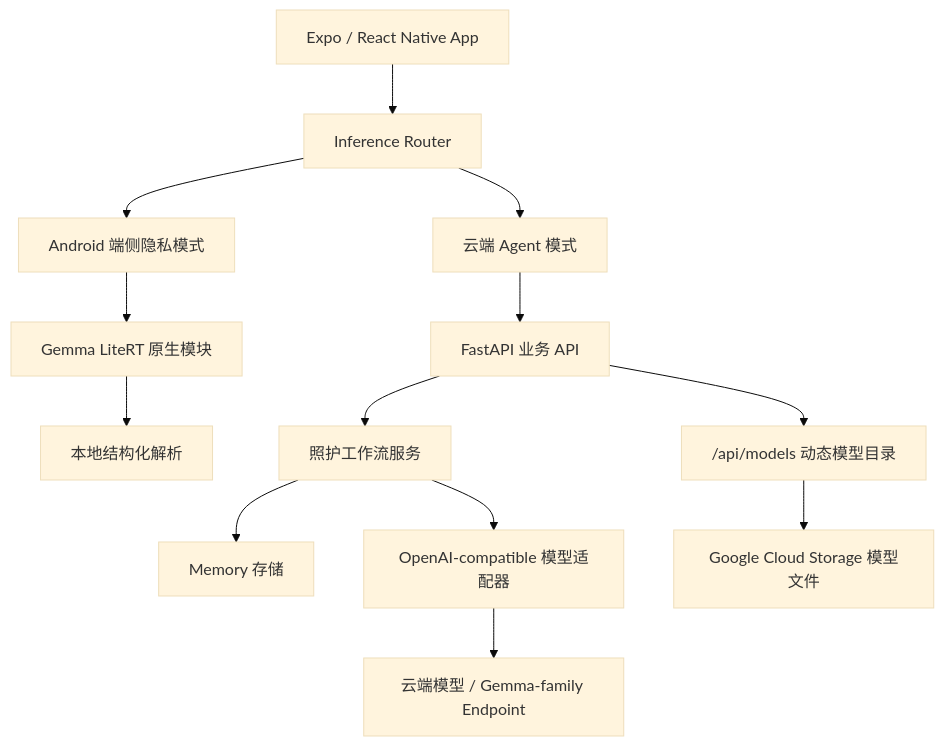
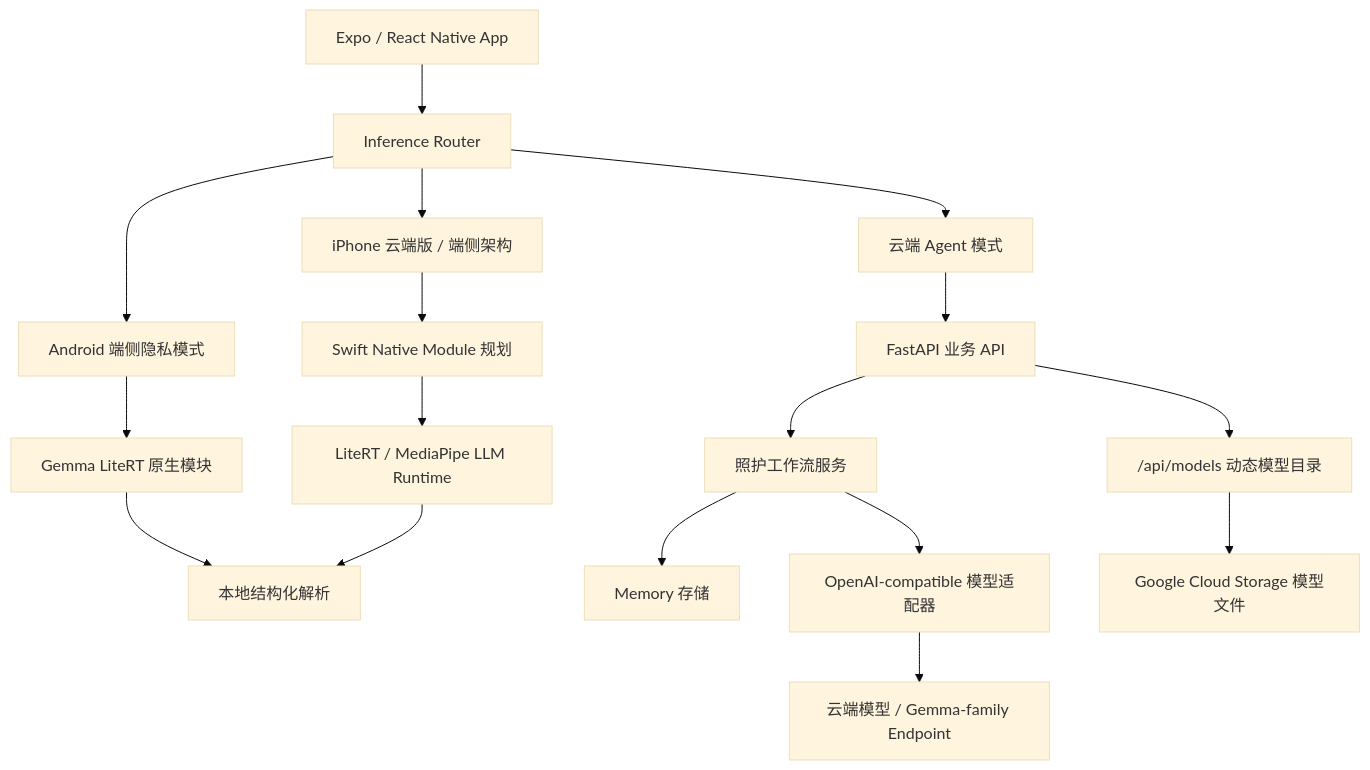
The diagram in submissions/2026/track_C/CareMind/README.md (whitesungun876/Gemma4-Hackathon-ShangHai), drawn with Mermaid (base theme) before and after one commit. The commit also changed other lines of this file and 1 other file, not shown here.

Commit message:
Document CareMind iPhone edge architecture

````diff
--- a/submissions/2026/track_C/CareMind/README.md
+++ b/submissions/2026/track_C/CareMind/README.md
@@ -125,15 +133,19 @@
 ```mermaid
 flowchart TD
     A["Expo / React Native App"] --> B["Inference Router"]
     B --> C["Android 端侧隐私模式"]
     C --> D["Gemma LiteRT 原生模块"]
     D --> E["本地结构化解析"]
+    B --> N["iPhone 云端版 / 端侧架构"]
+    N --> O["Swift Native Module 规划"]
+    O --> P["LiteRT / MediaPipe LLM Runtime"]
+    P --> E
     B --> F["云端 Agent 模式"]
     F --> G["FastAPI 业务 API"]
     G --> H["照护工作流服务"]
     H --> I["Memory 存储"]
     H --> J["OpenAI-compatible 模型适配器"]
     J --> K["云端模型 / Gemma-family Endpoint"]
     G --> L["/api/models 动态模型目录"]
     L --> M["Google Cloud Storage 模型文件"]
 ```
````
